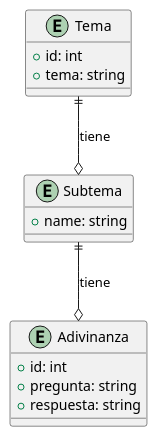
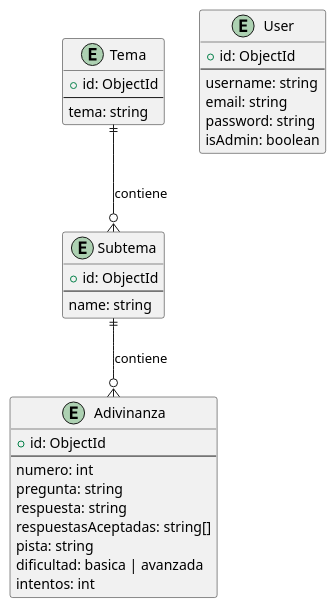
The diagram in docs/DescripcionDiagramaDB.md (cdoaweb/pci-adivimat), drawn with PlantUML before and after one commit. The commit also changed other lines of this file and 10 other files, not shown here.

````diff
--- a/docs/DescripcionDiagramaDB.md
+++ b/docs/DescripcionDiagramaDB.md
@@ -7,23 +7,41 @@
 ```plantuml
 @startuml Diagrama entidad relación
 
 entity Tema {
-    +id: int
-    +tema: string
+    +id: ObjectId
+    --
+    tema: string
 }
 
 entity Subtema {
-    +name: string
+    +id: ObjectId
+    --
+    name: string
 }
 
 entity Adivinanza {
-    +id: int
-    +pregunta: string
-    +respuesta: string
+    +id: ObjectId
+    --
+    numero: int
+    pregunta: string
+    respuesta: string
+    respuestasAceptadas: string[]
+    pista: string
+    dificultad: basica | avanzada
+    intentos: int
 }
 
-Tema ||--o Subtema : tiene
-Subtema ||--o Adivinanza : tiene
+entity User {
+    +id: ObjectId
+    --
+    username: string
+    email: string
+    password: string
+    isAdmin: boolean
+}
+
+Tema ||--o{ Subtema : contiene
+Subtema ||--o{ Adivinanza : contiene
 
 @enduml
 ```
````
